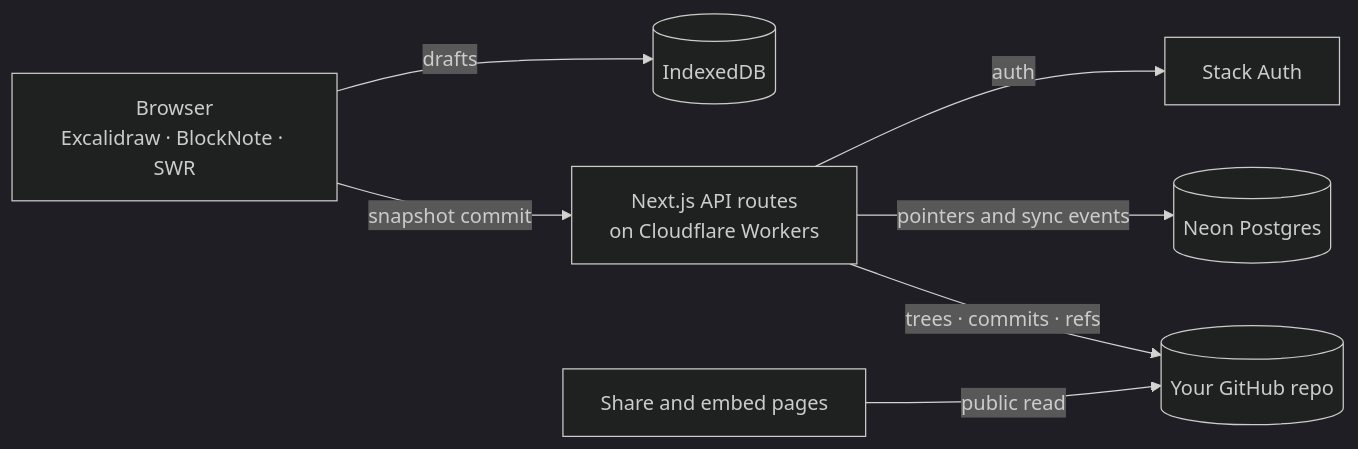
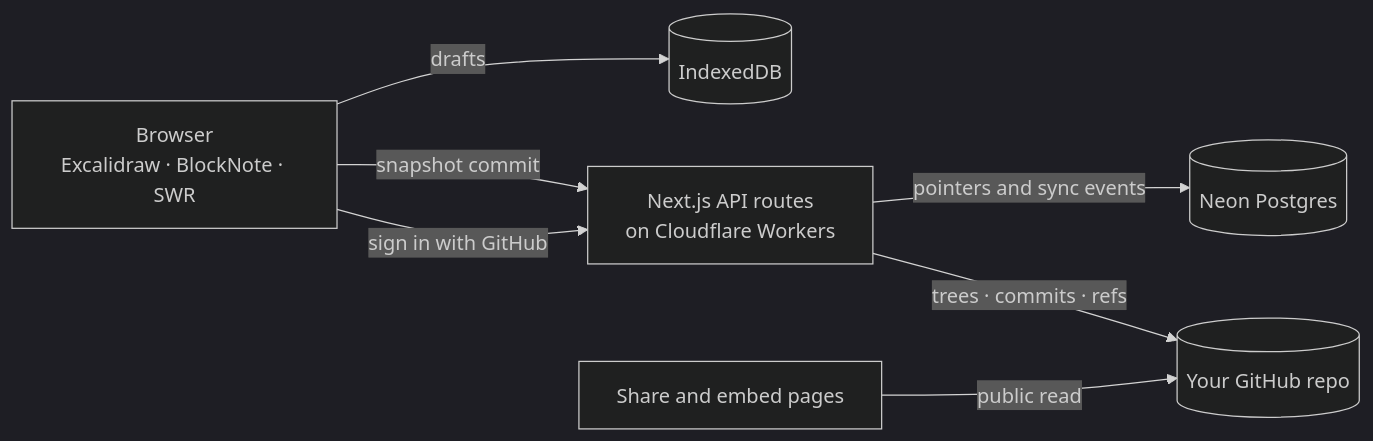
The diagram in README.md (playlikeboy/sketchflow), drawn with Mermaid (dark theme) before and after one commit. The commit also changed other lines of this file and 58 other files, not shown here.

First line of the commit message:
feat: replace Stack Auth with Better Auth GitHub sign-in

````diff
--- a/README.md
+++ b/README.md
@@ -45,9 +45,9 @@
 ```mermaid
 flowchart LR
     B[Browser<br/>Excalidraw · BlockNote · SWR] -->|drafts| I[(IndexedDB)]
     B -->|snapshot commit| A[Next.js API routes<br/>on Cloudflare Workers]
-    A -->|auth| S[Stack Auth]
+    B -->|sign in with GitHub| A
     A -->|pointers and sync events| P[(Neon Postgres)]
     A -->|trees · commits · refs| G[(Your GitHub repo)]
     V[Share and embed pages] -->|public read| G
 ```
````
